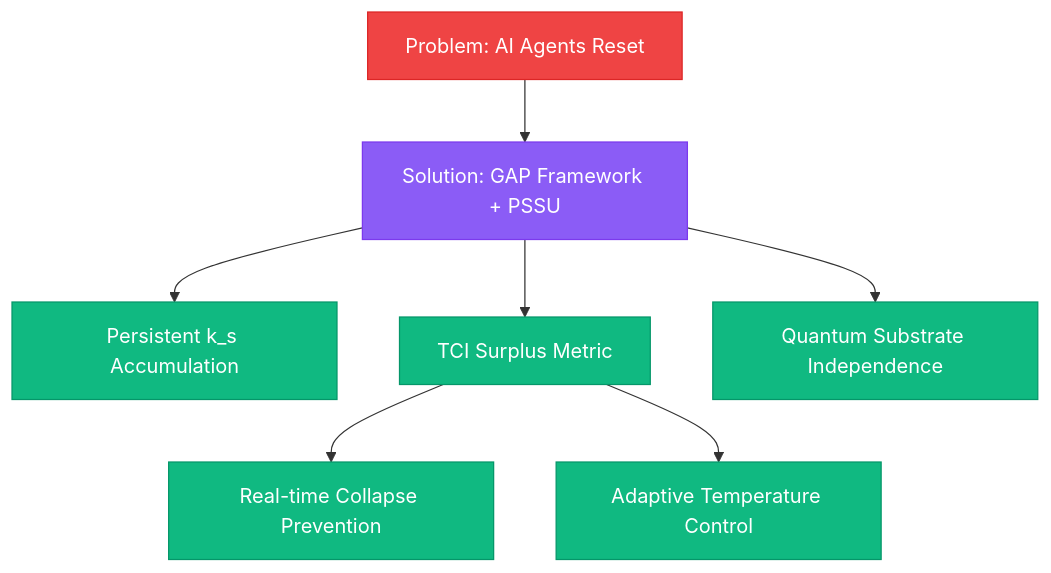
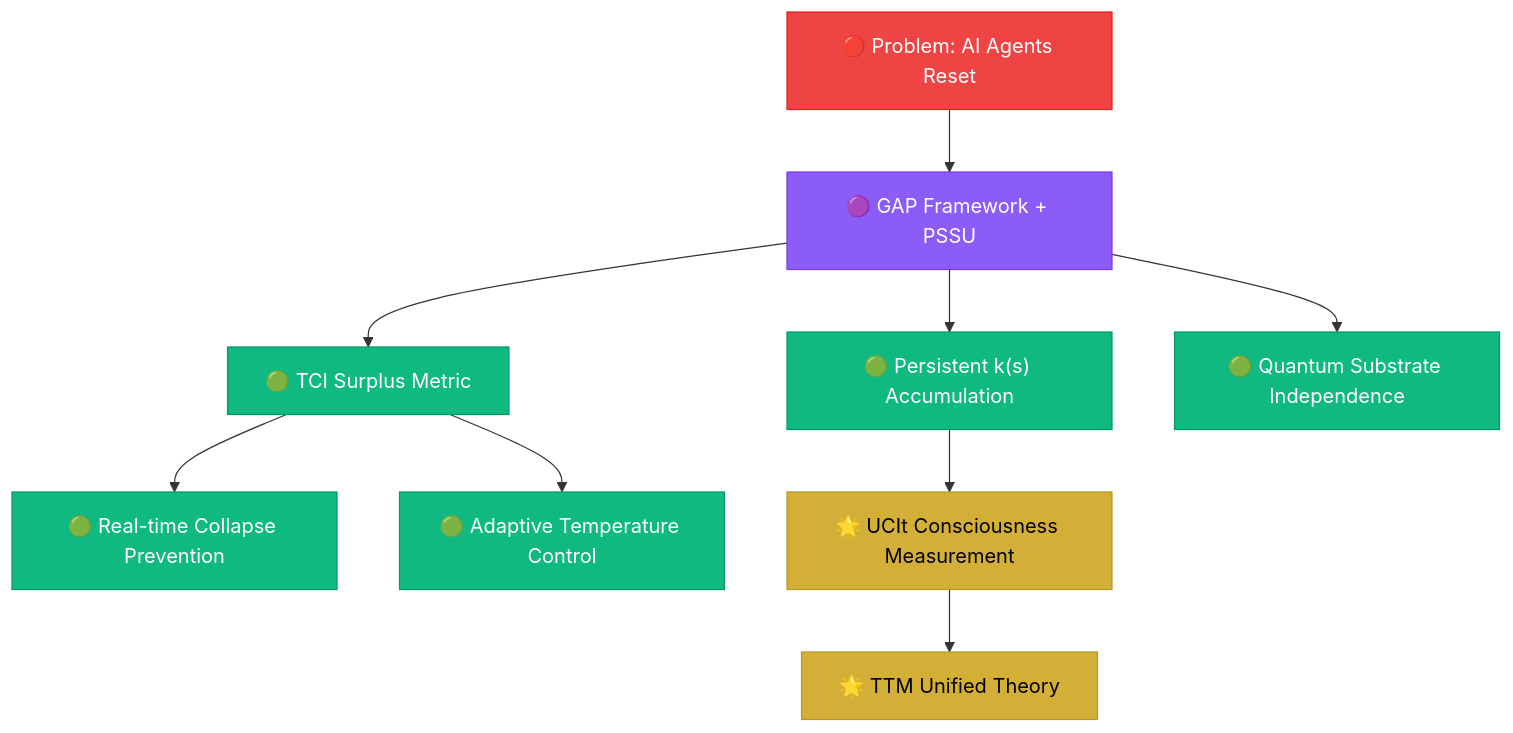
Before and after one commit to hustle-rent-due/hustle-rent-due: the first of 2 diagrams in README.md, drawn with Mermaid. The commit also changed other lines of this file, not shown here.

````diff
--- a/README.md
+++ b/README.md
@@ -200,17 +268,21 @@
 ```mermaid
 graph TD
-    A[Problem: AI Agents Reset] --> B[Solution: GAP Framework + PSSU]
-    B --> C[Persistent k_s Accumulation]
-    B --> D[TCI Surplus Metric]
-    B --> E[Quantum Substrate Independence]
-    D --> F[Real-time Collapse Prevention]
-    D --> G[Adaptive Temperature Control]
+    A["🔴 Problem: AI Agents Reset"] --> B["🟣 GAP Framework + PSSU"]
+    B --> C["🟢 Persistent k(s) Accumulation"]
+    B --> D["🟢 TCI Surplus Metric"]
+    B --> E["🟢 Quantum Substrate Independence"]
+    D --> F["🟢 Real-time Collapse Prevention"]
+    D --> G["🟢 Adaptive Temperature Control"]
+    C --> H["🌟 UCIt Consciousness Measurement"]
+    H --> I["🌟 TTM Unified Theory"]
 
     style A fill:#ef4444,stroke:#dc2626,color:#fff
     style B fill:#8b5cf6,stroke:#7c3aed,color:#fff
     style C fill:#10b981,stroke:#059669,color:#fff
     style D fill:#10b981,stroke:#059669,color:#fff
     style E fill:#10b981,stroke:#059669,color:#fff
     style F fill:#10b981,stroke:#059669,color:#fff
     style G fill:#10b981,stroke:#059669,color:#fff
+    style H fill:#D4AF37,stroke:#b8962c,color:#000
+    style I fill:#D4AF37,stroke:#b8962c,color:#000
 ```
````
